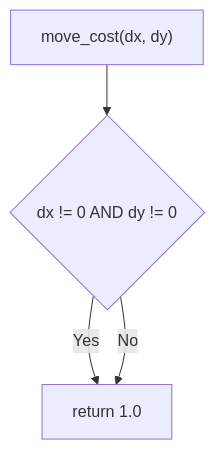
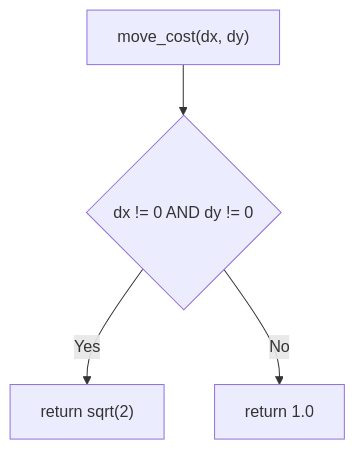
Before and after one commit to Askemanden/dasSpiel: the eighth of 16 diagrams in README.md, drawn with Mermaid.

Commit message:
Fix flowchart logic in move_cost section

````diff
--- a/README.md
+++ b/README.md
@@ -532,6 +532,6 @@
 ```mermaid
 flowchart TD
     A["move_cost(dx, dy)"] --> B{"dx != 0 AND dy != 0"}
-    B -- Yes --> Z["return sqrt(2)"]
+    B -- Yes --> Y["return sqrt(2)"]
     B -- No --> Z["return 1.0"]
 ```
````
